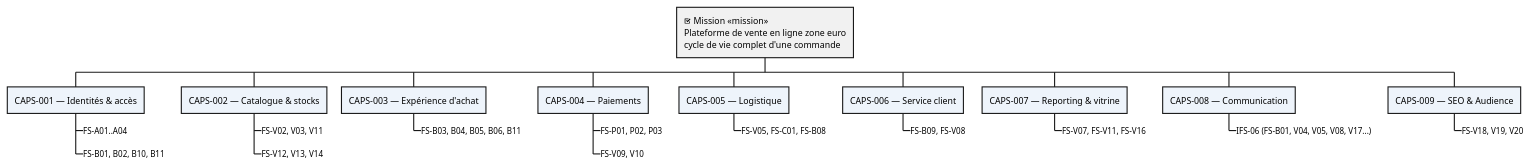
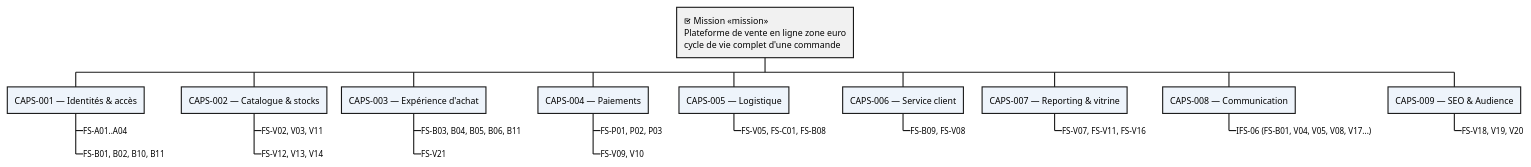
The first of 6 diagrams in architecture/02-system-analysis/sa.adoc (louistalvande/online_shop), drawn with PlantUML before and after one commit. The commit also changed other lines of this file and 4 other files, not shown here.

Commit message:
architecture: progressive shipping fee tiers (FS-V21 / US-LIV-01, US-LIV-02)

```diff
--- a/architecture/02-system-analysis/sa.adoc
+++ b/architecture/02-system-analysis/sa.adoc
@@ -227,52 +227,53 @@
 [plantuml, sa-mission-caps-functions, svg]
 ----
 @startwbs
 <style>
 wbsDiagram {
   .mission {
     BackgroundColor #E8F4FD
     FontStyle bold
   }
   .caps {
     BackgroundColor #EEF4FB
   }
   .funcs {
     BackgroundColor #FAFAFA
     FontSize 11
   }
 }
 </style>
 
 * <&task> Mission <<mission>>\nPlateforme de vente en ligne zone euro\ncycle de vie complet d'une commande
 
 ** CAPS-001 — Identités & accès <<caps>>
 ***_ FS-A01..A04 <<funcs>>
 ***_ FS-B01, B02, B10, B11 <<funcs>>
 
 ** CAPS-002 — Catalogue & stocks <<caps>>
 ***_ FS-V02, V03, V11 <<funcs>>
 ***_ FS-V12, V13, V14 <<funcs>>
 
 ** CAPS-003 — Expérience d'achat <<caps>>
 ***_ FS-B03, B04, B05, B06, B11 <<funcs>>
+***_ FS-V21 <<funcs>>
 
 ** CAPS-004 — Paiements <<caps>>
 ***_ FS-P01, P02, P03 <<funcs>>
 ***_ FS-V09, V10 <<funcs>>
 
 ** CAPS-005 — Logistique <<caps>>
 ***_ FS-V05, FS-C01, FS-B08 <<funcs>>
 
 ** CAPS-006 — Service client <<caps>>
 ***_ FS-B09, FS-V08 <<funcs>>
 
 ** CAPS-007 — Reporting & vitrine <<caps>>
 ***_ FS-V07, FS-V11, FS-V16 <<funcs>>
 
 ** CAPS-008 — Communication <<caps>>
 ***_ IFS-06 (FS-B01, V04, V05, V08, V17...) <<funcs>>
 
 ** CAPS-009 — SEO & Audience <<caps>>
 ***_ FS-V18, V19, V20 <<funcs>>
 @endwbs
 ----
```
